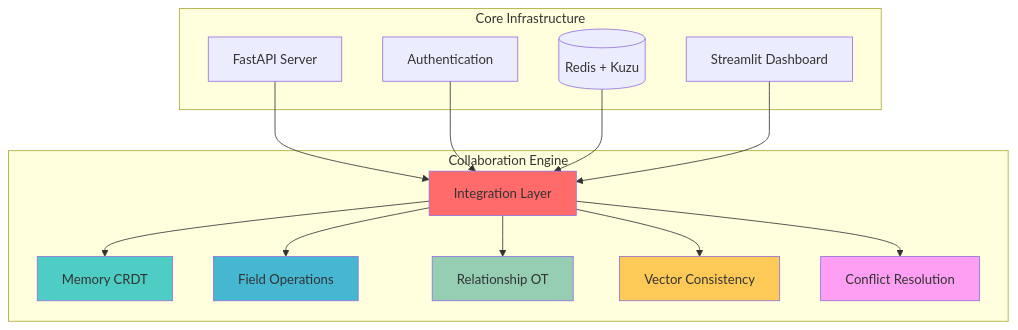
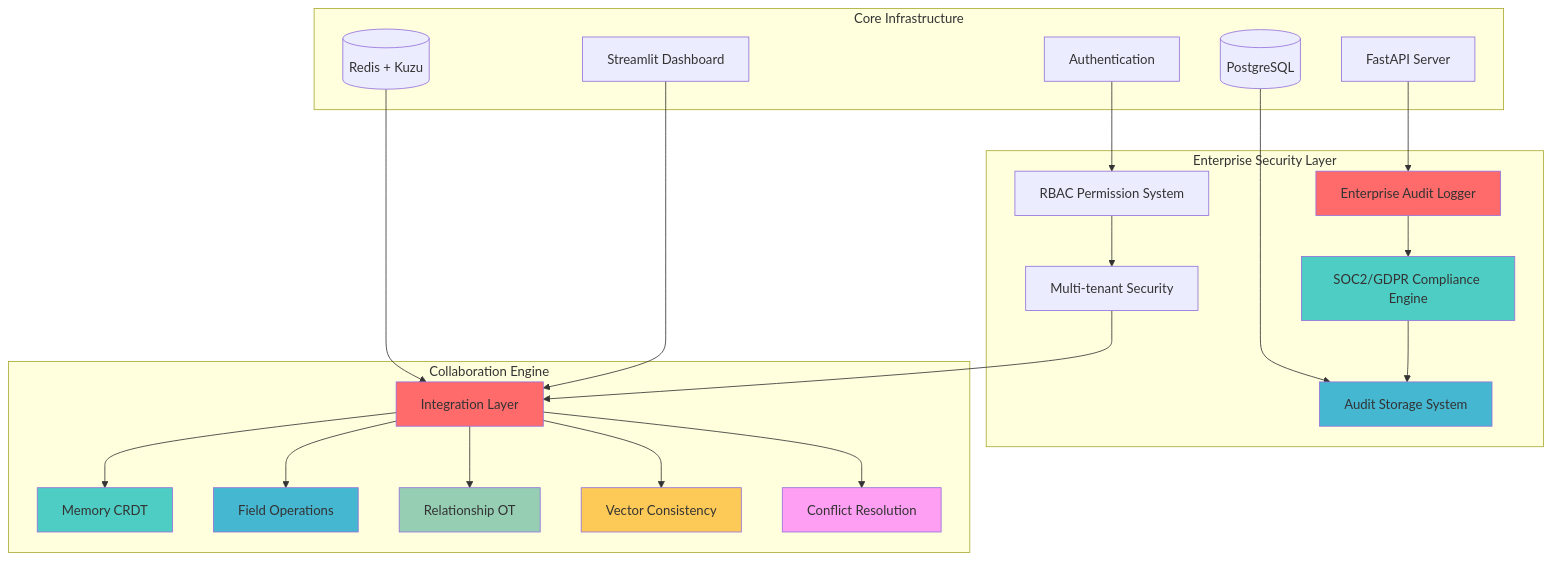
One commit to elementalcollision/GraphMemory-IDE changed the diagram in README.md. Above: the diagram before and after it, drawn with Mermaid. The commit also changed other lines of this file and 32 other files, not shown here.

Commit message:
Complete Phase 3 Enterprise Security Implementation - Enterprise Audit Logging, SOC2/GDPR Compliance Engine, and Audit Storage System (6,986+ lines total)

````diff
--- a/README.md
+++ b/README.md
@@ -78,36 +92,54 @@
 ```mermaid
 graph TB
     subgraph "Core Infrastructure"
         API[FastAPI Server]
         Auth[Authentication]  
         DB[(Redis + Kuzu)]
+        Postgres[(PostgreSQL)]
         Dashboard[Streamlit Dashboard]
+    end
+    
+    subgraph "Enterprise Security Layer"
+        AuditLogger[Enterprise Audit Logger]
+        ComplianceEngine[SOC2/GDPR Compliance Engine]
+        AuditStorage[Audit Storage System]
+        RBAC[RBAC Permission System]
+        TenantIsolation[Multi-tenant Security]
     end
     
     subgraph "Collaboration Engine"
         Integration[Integration Layer]
         CRDT[Memory CRDT]
         Field[Field Operations]
         Relationship[Relationship OT]
         Vector[Vector Consistency]
         Conflict[Conflict Resolution]
     end
     
-    API --> Integration
-    Auth --> Integration
+    API --> AuditLogger
+    Auth --> RBAC
     DB --> Integration
+    Postgres --> AuditStorage
     Dashboard --> Integration
+    
+    AuditLogger --> ComplianceEngine
+    ComplianceEngine --> AuditStorage
+    RBAC --> TenantIsolation
+    TenantIsolation --> Integration
     
     Integration --> CRDT
     Integration --> Field
     Integration --> Relationship
     Integration --> Vector
     Integration --> Conflict
     
+    style AuditLogger fill:#ff6b6b
+    style ComplianceEngine fill:#4ecdc4
+    style AuditStorage fill:#45b7d1
     style Integration fill:#ff6b6b
     style CRDT fill:#4ecdc4
     style Field fill:#45b7d1
     style Relationship fill:#96ceb4
     style Vector fill:#feca57
     style Conflict fill:#ff9ff3
 ```
````
